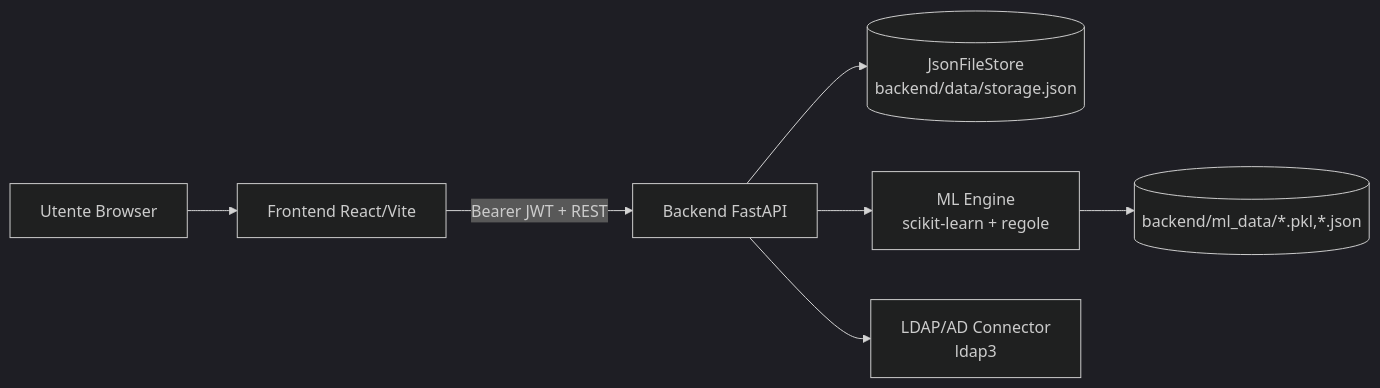
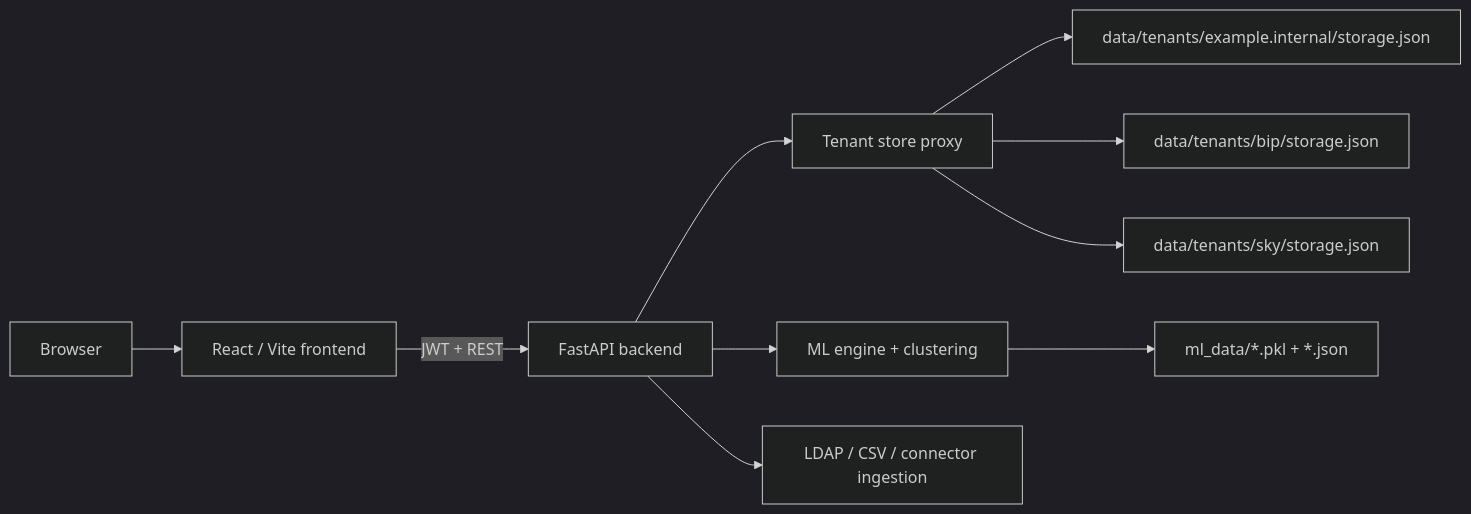
One commit to SalvatoreApicella-dev/Role_Mining changed the diagram in DOCUMENTO_ARCHITETTURA_CODICE.md. Above: the diagram before and after it, drawn with Mermaid (dark theme). The commit also changed other lines of this file and 25 other files, not shown here.

Commit message:
Sky tenant

````diff
--- a/DOCUMENTO_ARCHITETTURA_CODICE.md
+++ b/DOCUMENTO_ARCHITETTURA_CODICE.md
@@ -17,9 +26,12 @@
 ```mermaid
 flowchart LR
-    U[Utente Browser] --> F[Frontend React/Vite]
-    F -->|Bearer JWT + REST| B[Backend FastAPI]
-    B --> S[(JsonFileStore\nbackend/data/storage.json)]
-    B --> M[ML Engine\nscikit-learn + regole]
-    B --> L[LDAP/AD Connector\nldap3]
-    M --> D[(backend/ml_data/*.pkl,*.json)]
+    B["Browser"] --> F["React / Vite frontend"]
+    F -->|JWT + REST| A["FastAPI backend"]
+    A --> T["Tenant store proxy"]
+    T --> S1["data/tenants/example.internal/storage.json"]
+    T --> S2["data/tenants/bip/storage.json"]
+    T --> S3["data/tenants/sky/storage.json"]
+    A --> M["ML engine + clustering"]
+    M --> G["ml_data/*.pkl + *.json"]
+    A --> C["LDAP / CSV / connector ingestion"]
 ```
````
